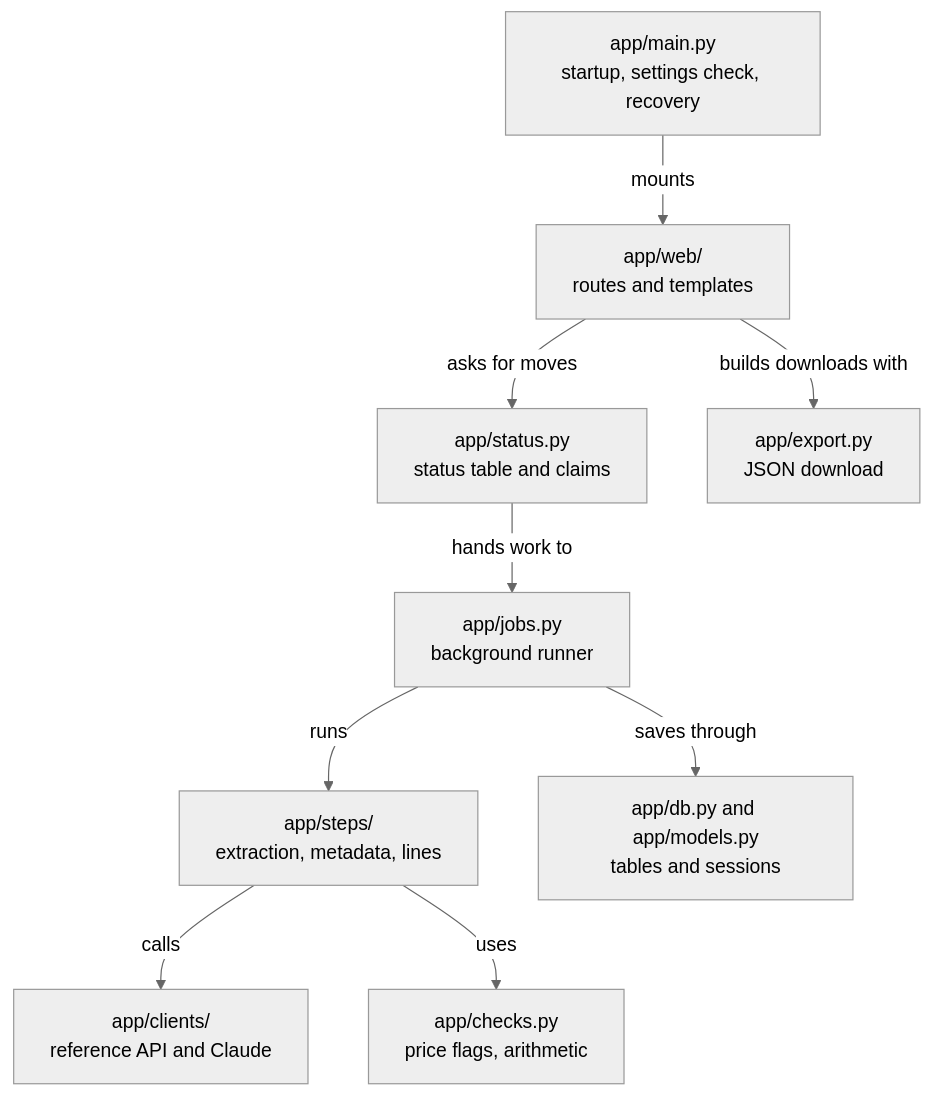
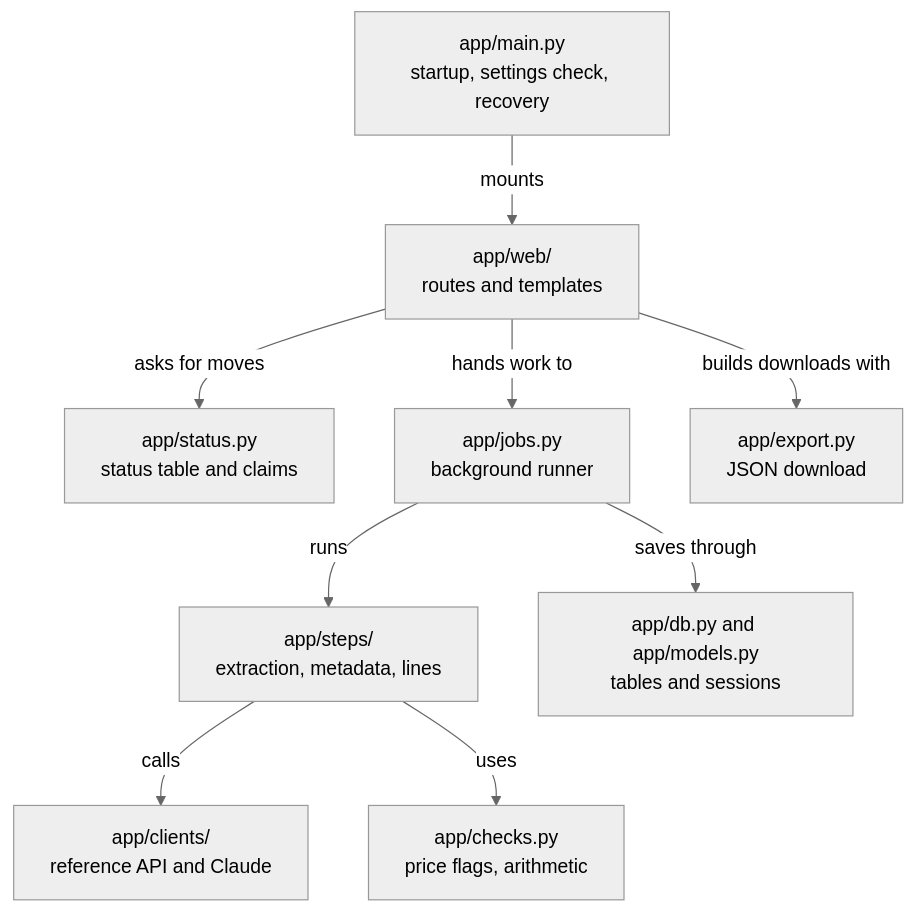
Before and after one commit to lucycchi/ai-invoice-ingestion-platform: diagram 13 of 14 in docs/ARCHITECTURE.md, drawn with Mermaid (neutral theme). The commit also changed other lines of this file and 12 other files, not shown here.

````diff
--- a/docs/ARCHITECTURE.md
+++ b/docs/ARCHITECTURE.md
@@ -715,21 +737,21 @@
 ```mermaid
 flowchart TB
     main["app/main.py<br/>startup, settings check, recovery"]
     web["app/web/<br/>routes and templates"]
     status["app/status.py<br/>status table and claims"]
     jobs["app/jobs.py<br/>background runner"]
     steps["app/steps/<br/>extraction, metadata, lines"]
     checks["app/checks.py<br/>price flags, arithmetic"]
     export["app/export.py<br/>JSON download"]
     clients["app/clients/<br/>reference API and Claude"]
     db["app/db.py and app/models.py<br/>tables and sessions"]
 
     main -->|"mounts"| web
     web -->|"asks for moves"| status
-    status -->|"hands work to"| jobs
+    web -->|"hands work to"| jobs
     jobs -->|"runs"| steps
     steps -->|"calls"| clients
     steps -->|"uses"| checks
     web -->|"builds downloads with"| export
     jobs -->|"saves through"| db
 ```
````
